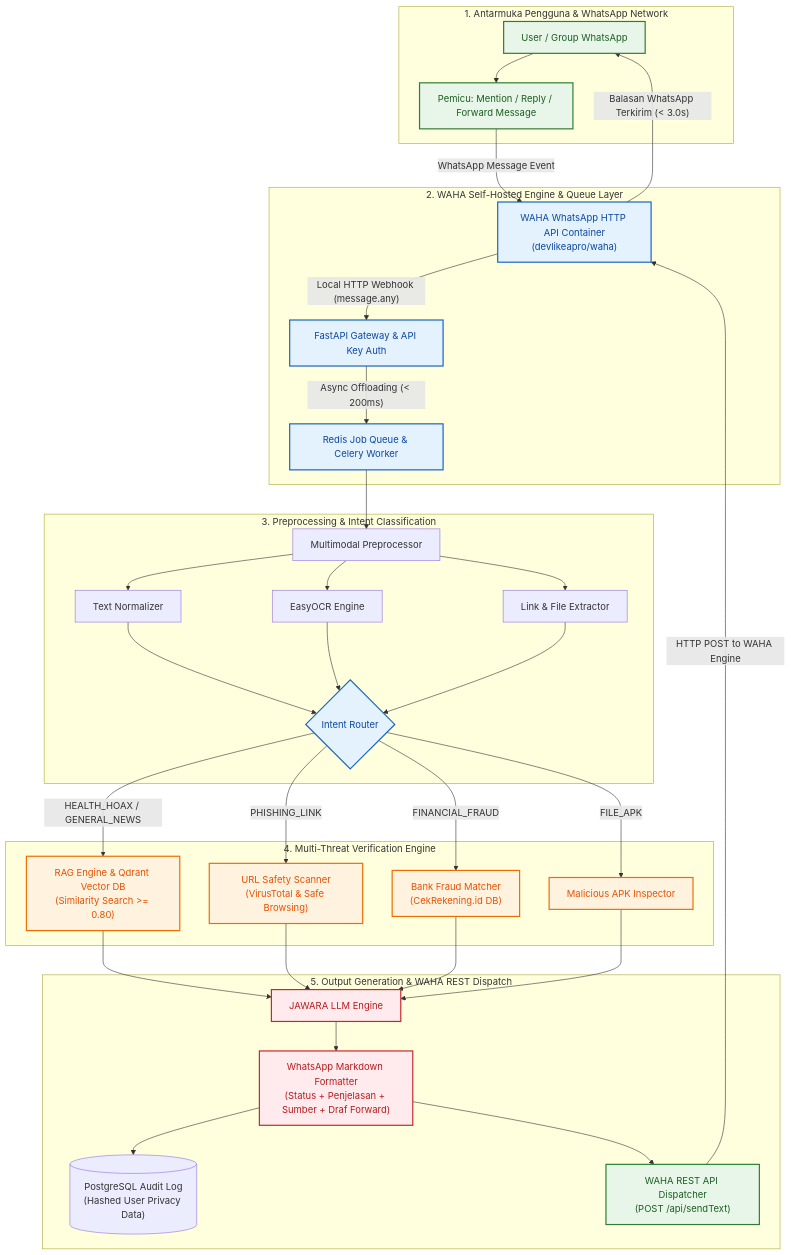
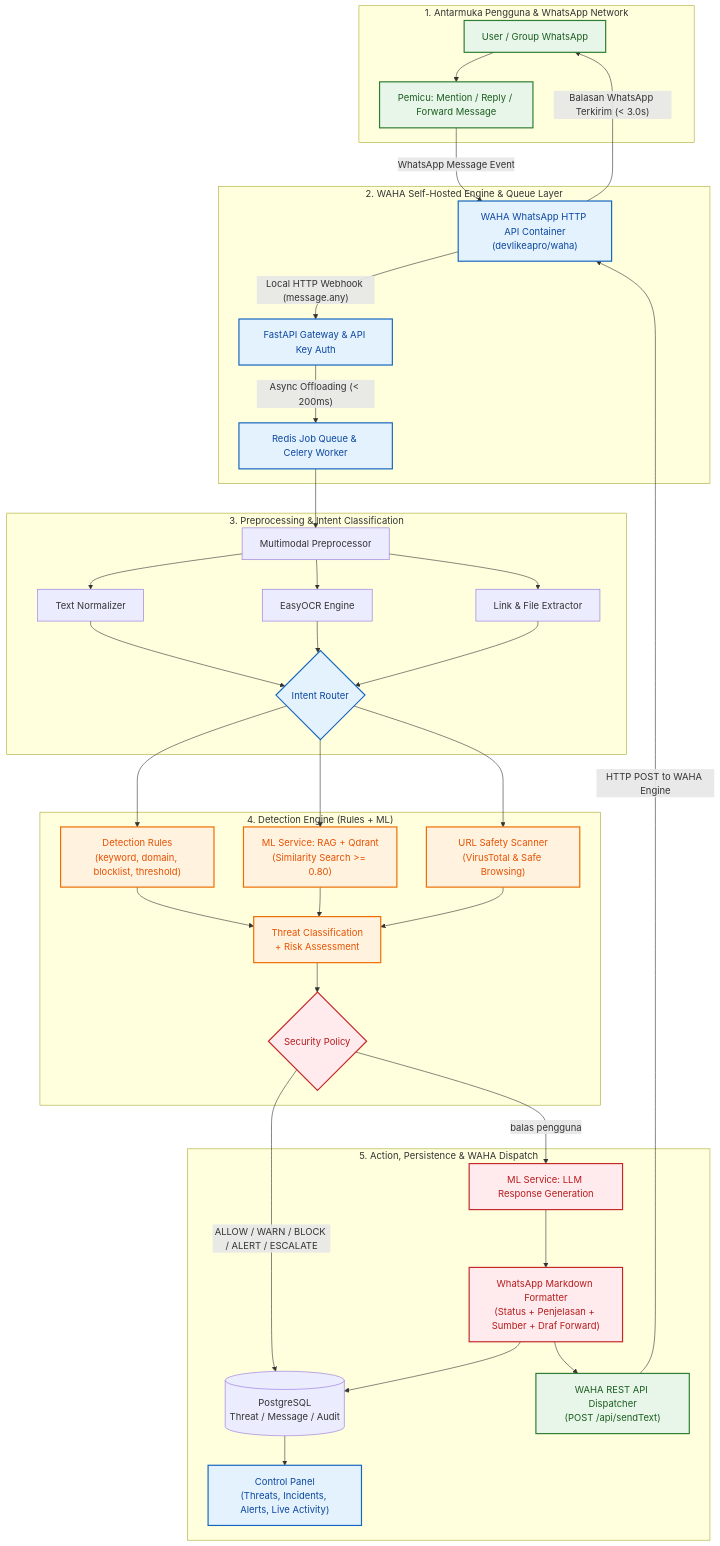
The diagram in obsidian-docs/Gemastik 2026 - Software Dev/01_Overview/04_How_it_Works.md (dendik-creation/jawara-bot-ai), drawn with Mermaid before and after one commit. The commit also changed other lines of this file and 44 other files, not shown here.

````diff
--- a/obsidian-docs/Gemastik 2026 - Software Dev/01_Overview/04_How_it_Works.md
+++ b/obsidian-docs/Gemastik 2026 - Software Dev/01_Overview/04_How_it_Works.md
@@ -9,78 +11,82 @@
 ```mermaid
 flowchart TD
     %% Subgraph User & Messaging Interface
     subgraph S1["1. Antarmuka Pengguna & WhatsApp Network"]
         U1["User / Group WhatsApp"]
         U2["Pemicu: Mention / Reply / Forward Message"]
         U1 --> U2
     end
 
     %% Subgraph WAHA API & Ingestion Layer
     subgraph S2["2. WAHA Self-Hosted Engine & Queue Layer"]
         WAHA["WAHA WhatsApp HTTP API Container<br/>(devlikeapro/waha)"]
         GW["FastAPI Gateway & API Key Auth"]
         Q1["Redis Job Queue & Celery Worker"]
 
         U2 -- "WhatsApp Message Event" --> WAHA
         WAHA -- "Local HTTP Webhook (message.any)" --> GW
         GW -- "Async Offloading (< 200ms)" --> Q1
     end
 
     %% Subgraph Multimodal & Intent Processor
     subgraph S3["3. Preprocessing & Intent Classification"]
         P1["Multimodal Preprocessor"]
         P_TXT["Text Normalizer"]
         P_OCR["EasyOCR Engine"]
         P_LINK["Link & File Extractor"]
 
         IR{"Intent Router"}
 
         Q1 --> P1
         P1 --> P_TXT --> IR
         P1 --> P_OCR --> IR
         P1 --> P_LINK --> IR
     end
 
-    %% Subgraph Core Verification Engine
-    subgraph S4["4. Multi-Threat Verification Engine"]
-        V_RAG["RAG Engine & Qdrant Vector DB<br/>(Similarity Search >= 0.80)"]
+    %% Subgraph Detection Engine
+    subgraph S4["4. Detection Engine (Rules + ML)"]
+        RULES["Detection Rules<br/>(keyword, domain, blocklist, threshold)"]
+        V_RAG["ML Service: RAG + Qdrant<br/>(Similarity Search >= 0.80)"]
         V_SAFE["URL Safety Scanner<br/>(VirusTotal & Safe Browsing)"]
-        V_BANK["Bank Fraud Matcher<br/>(CekRekening.id DB)"]
-        V_APK["Malicious APK Inspector"]
+        RISK["Threat Classification<br/>+ Risk Assessment"]
+        POL{"Security Policy"}
 
-        IR -- "HEALTH_HOAX / GENERAL_NEWS" --> V_RAG
-        IR -- "PHISHING_LINK" --> V_SAFE
-        IR -- "FINANCIAL_FRAUD" --> V_BANK
-        IR -- "FILE_APK" --> V_APK
+        IR --> RULES
+        IR --> V_RAG
+        IR --> V_SAFE
+
+        RULES --> RISK
+        V_RAG --> RISK
+        V_SAFE --> RISK
+        RISK --> POL
     end
 
-    %% Subgraph LLM & Outbound WAHA Response
-    subgraph S5["5. Output Generation & WAHA REST Dispatch"]
-        LLM["JAWARA LLM Engine"]
+    %% Subgraph Action, Persistence, Response
+    subgraph S5["5. Action, Persistence & WAHA Dispatch"]
+        LLM["ML Service: LLM Response Generation"]
         OUT["WhatsApp Markdown Formatter<br/>(Status + Penjelasan + Sumber + Draf Forward)"]
-        DB_LOG[("PostgreSQL Audit Log<br/>(Hashed User Privacy Data)")]
+        DB_LOG[("PostgreSQL<br/>Threat / Message / Audit")]
+        DASH["Control Panel<br/>(Threats, Incidents, Alerts, Live Activity)"]
         WAHA_POST["WAHA REST API Dispatcher<br/>(POST /api/sendText)"]
 
-        V_RAG --> LLM
-        V_SAFE --> LLM
-        V_BANK --> LLM
-        V_APK --> LLM
-
+        POL -- "ALLOW / WARN / BLOCK / ALERT / ESCALATE" --> DB_LOG
+        POL -- "balas pengguna" --> LLM
         LLM --> OUT
         OUT --> DB_LOG
         OUT --> WAHA_POST
+        DB_LOG --> DASH
         WAHA_POST -- "HTTP POST to WAHA Engine" --> WAHA
         WAHA -- "Balasan WhatsApp Terkirim (< 3.0s)" --> U1
     end
 
     %% Styling Nodes
     classDef primary fill:#e3f2fd,stroke:#1565c0,stroke-width:2px,color:#0d47a1;
     classDef success fill:#e8f5e9,stroke:#2e7d32,stroke-width:2px,color:#1b5e20;
     classDef warning fill:#fff3e0,stroke:#ef6c00,stroke-width:2px,color:#e65100;
     classDef danger fill:#ffebee,stroke:#c62828,stroke-width:2px,color:#b71c1c;
 
     class U1,U2,WAHA_POST success;
-    class WAHA,GW,Q1,IR primary;
-    class V_RAG,V_SAFE,V_BANK,V_APK warning;
-    class LLM,OUT danger;
+    class WAHA,GW,Q1,IR,DASH primary;
+    class RULES,V_RAG,V_SAFE,RISK warning;
+    class LLM,OUT,POL danger;
 ```
````
